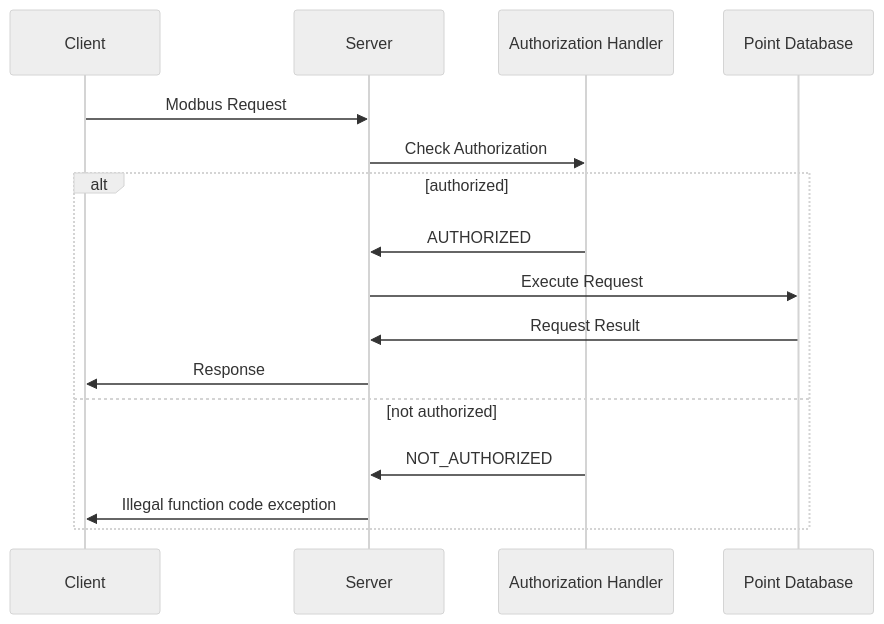
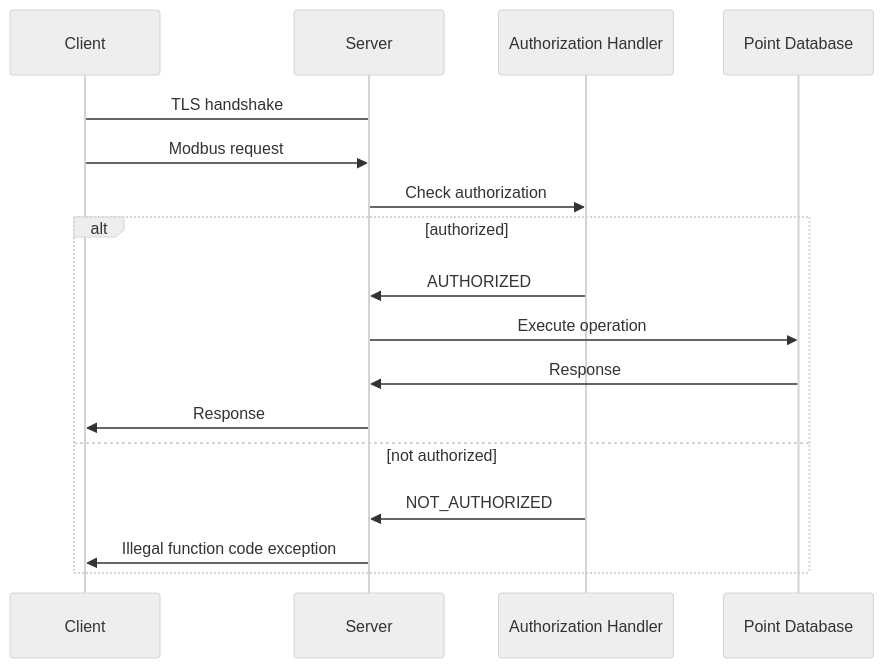
Before and after one commit to stepfunc/rodbus: the diagram in guide/docs/api/tls.mdx, drawn with Mermaid (neutral theme). The commit also changed other lines of this file and 56 other files, not shown here.

````diff
--- a/guide/docs/api/tls.mdx
+++ b/guide/docs/api/tls.mdx
@@ -20,14 +19,15 @@
 ```mermaid
 sequenceDiagram
-Client->>Server: Modbus Request
-Server->>Authorization Handler: Check Authorization
+Client->Server: TLS handshake
+Client->>Server: Modbus request
+Server->>Authorization Handler: Check authorization
 alt authorized
 Authorization Handler->>Server: AUTHORIZED
-Server->>Point Database: Execute Request
-Point Database->>Server: Request Result
+Server->>Point Database: Execute operation
+Point Database->>Server: Response
 Server->>Client: Response
 else not authorized
 Authorization Handler->>Server: NOT_AUTHORIZED
 Server->>Client: Illegal function code exception
 end
 ```
````
